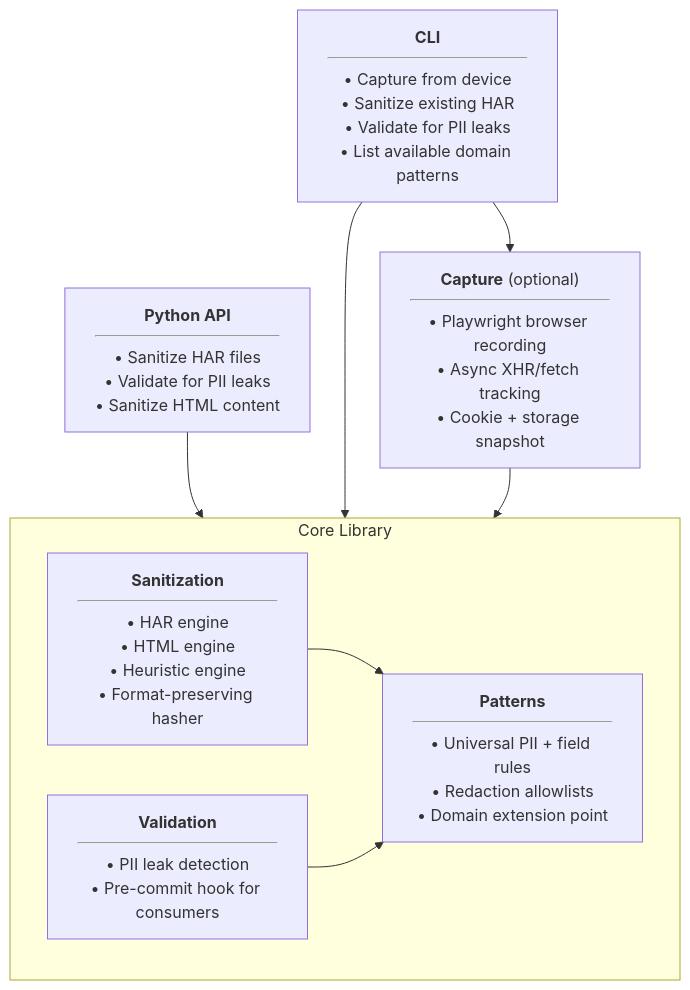
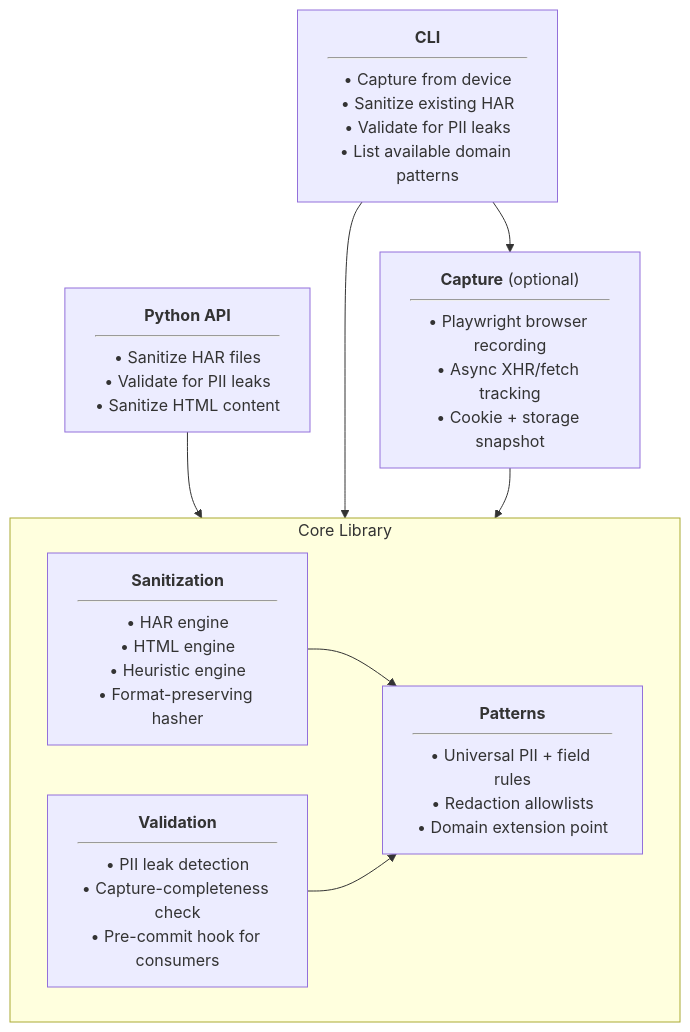
Before and after one commit to solentlabs/har-capture: the first of 4 diagrams in docs/ARCHITECTURE.md, drawn with Mermaid. The commit also changed other lines of this file and 25 other files, not shown here.

````diff
--- a/docs/ARCHITECTURE.md
+++ b/docs/ARCHITECTURE.md
@@ -8,19 +8,19 @@
 ```mermaid
 graph TD
     api --> core
     cli --> capture
     cli --> core
     capture --> core
 
     api["<b>Python API</b><hr/>• Sanitize HAR files<br/>• Validate for PII leaks<br/>• Sanitize HTML content"]
     cli["<b>CLI</b><hr/>• Capture from device<br/>• Sanitize existing HAR<br/>• Validate for PII leaks<br/>• List available domain patterns"]
     capture["<b>Capture</b> (optional)<hr/>• Playwright browser recording<br/>• Async XHR/fetch tracking<br/>• Cookie + storage snapshot"]
 
     subgraph core[Core Library]
         sanitization["<b>Sanitization</b><hr/>• HAR engine<br/>• HTML engine<br/>• Heuristic engine<br/>• Format-preserving hasher"]
-        validation["<b>Validation</b><hr/>• PII leak detection<br/>• Pre-commit hook for consumers"]
+        validation["<b>Validation</b><hr/>• PII leak detection<br/>• Capture-completeness check<br/>• Pre-commit hook for consumers"]
         patterns["<b>Patterns</b><hr/>• Universal PII + field rules<br/>• Redaction allowlists<br/>• Domain extension point"]
         sanitization --> patterns
         validation --> patterns
     end
 ```
````
